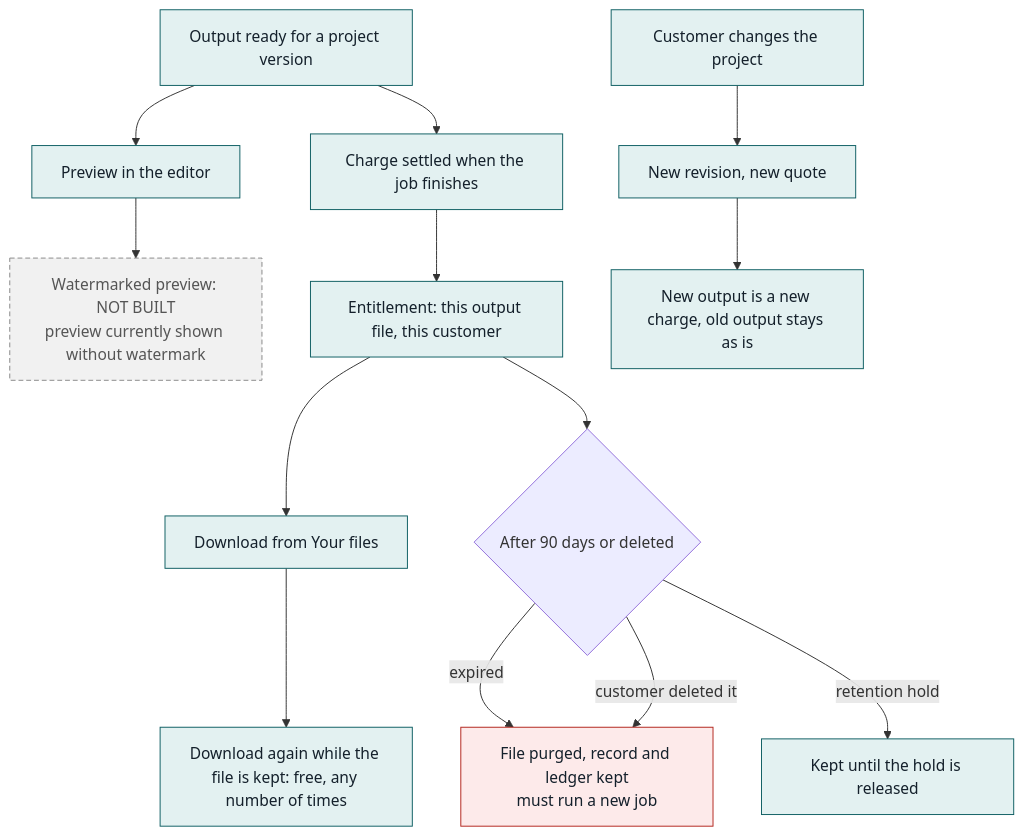
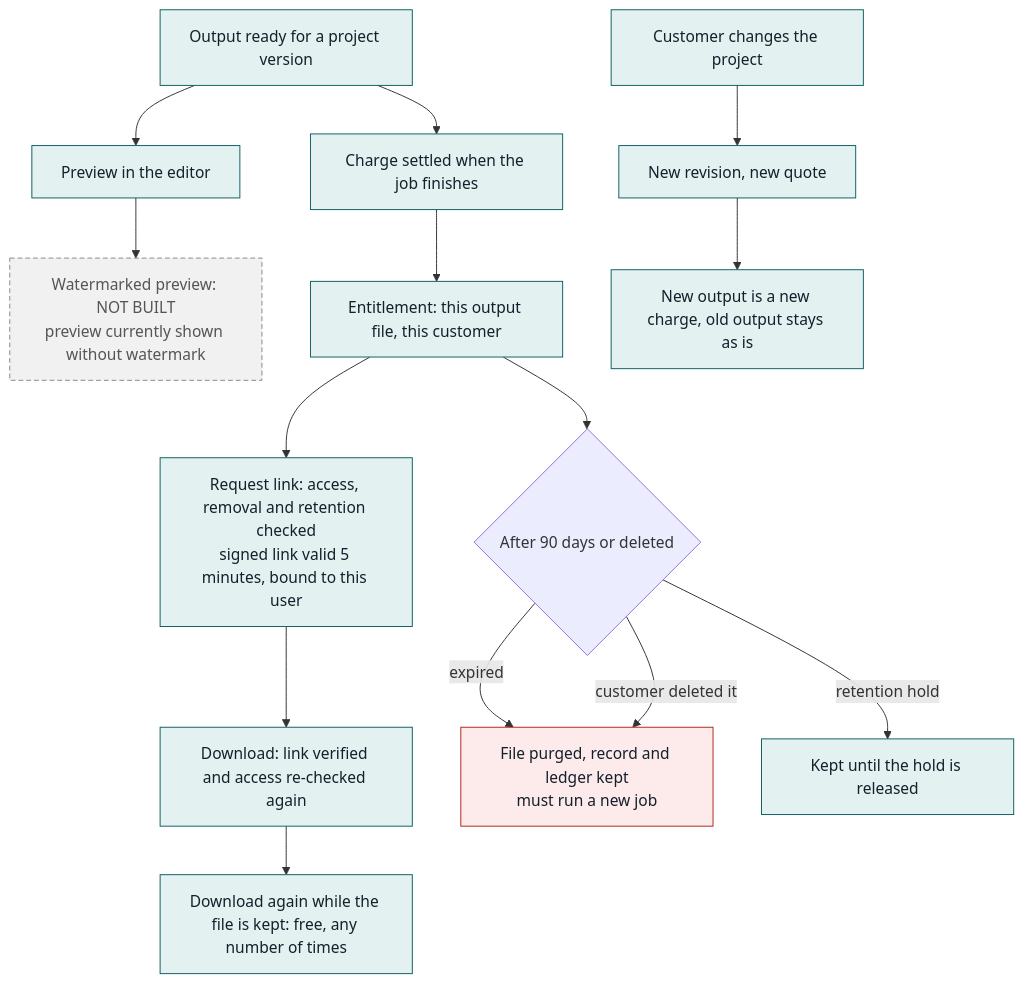
The diagram in docs/flowcharts/07-download-entitlement.mmd (workmeridiangray-ops/aiprint), drawn with Mermaid before and after one commit. The commit also changed 18 other files, not shown here.

First line of the commit message:
Signed 5-minute download links; release holds on jobs never started in 30 minutes

```diff
--- a/docs/flowcharts/07-download-entitlement.mmd
+++ b/docs/flowcharts/07-download-entitlement.mmd
@@ -1,18 +1,19 @@
 %% 7. Paid preview, download entitlement, changed versions, free redownload
 flowchart TD
   A["Output ready for a project version"] --> B["Preview in the editor"]
   B --> W["Watermarked preview: NOT BUILT<br/>preview currently shown without watermark"]:::nb
   A --> C["Charge settled when the job finishes"]
   C --> D["Entitlement: this output file, this customer"]
-  D --> E["Download from Your files"]
+  D --> L["Request link: access, removal and retention checked<br/>signed link valid 5 minutes, bound to this user"]
+  L --> E["Download: link verified and access re-checked again"]
   E --> F["Download again while the file is kept: free, any number of times"]
   G["Customer changes the project"] --> H["New revision, new quote"]
   H --> I["New output is a new charge, old output stays as is"]
   D --> R{"After 90 days or deleted"}
   R -->|"expired"| X["File purged, record and ledger kept<br/>must run a new job"]:::fail
   R -->|"customer deleted it"| X
   R -->|"retention hold"| K["Kept until the hold is released"]
   classDef built fill:#e3f1f1,stroke:#0f5f63,color:#14202b
 classDef nb fill:#f1f1f1,stroke:#8a8a8a,stroke-dasharray:5 3,color:#555
 classDef fail fill:#fdeaea,stroke:#b3261e,color:#14202b
-  class A,B,C,D,E,F,G,H,I,K built
+  class A,B,C,D,L,E,F,G,H,I,K built
```
